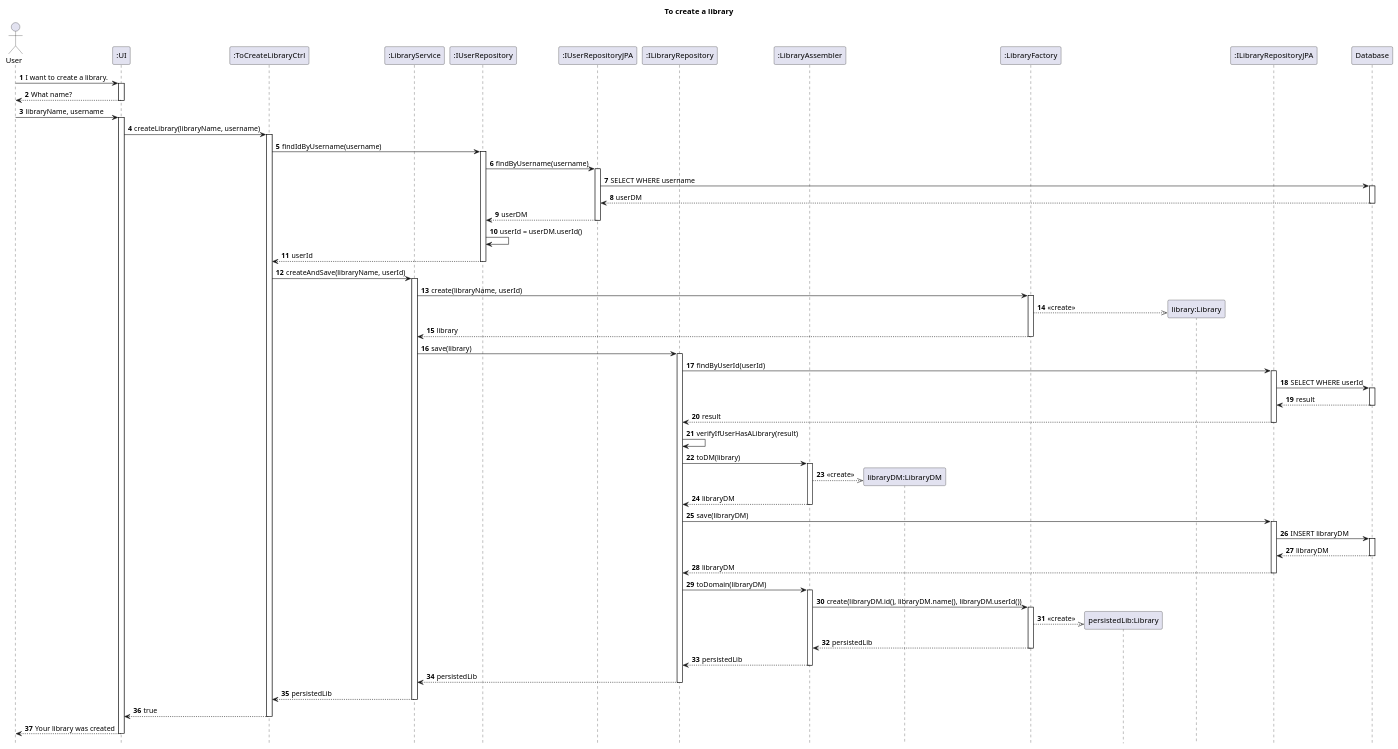
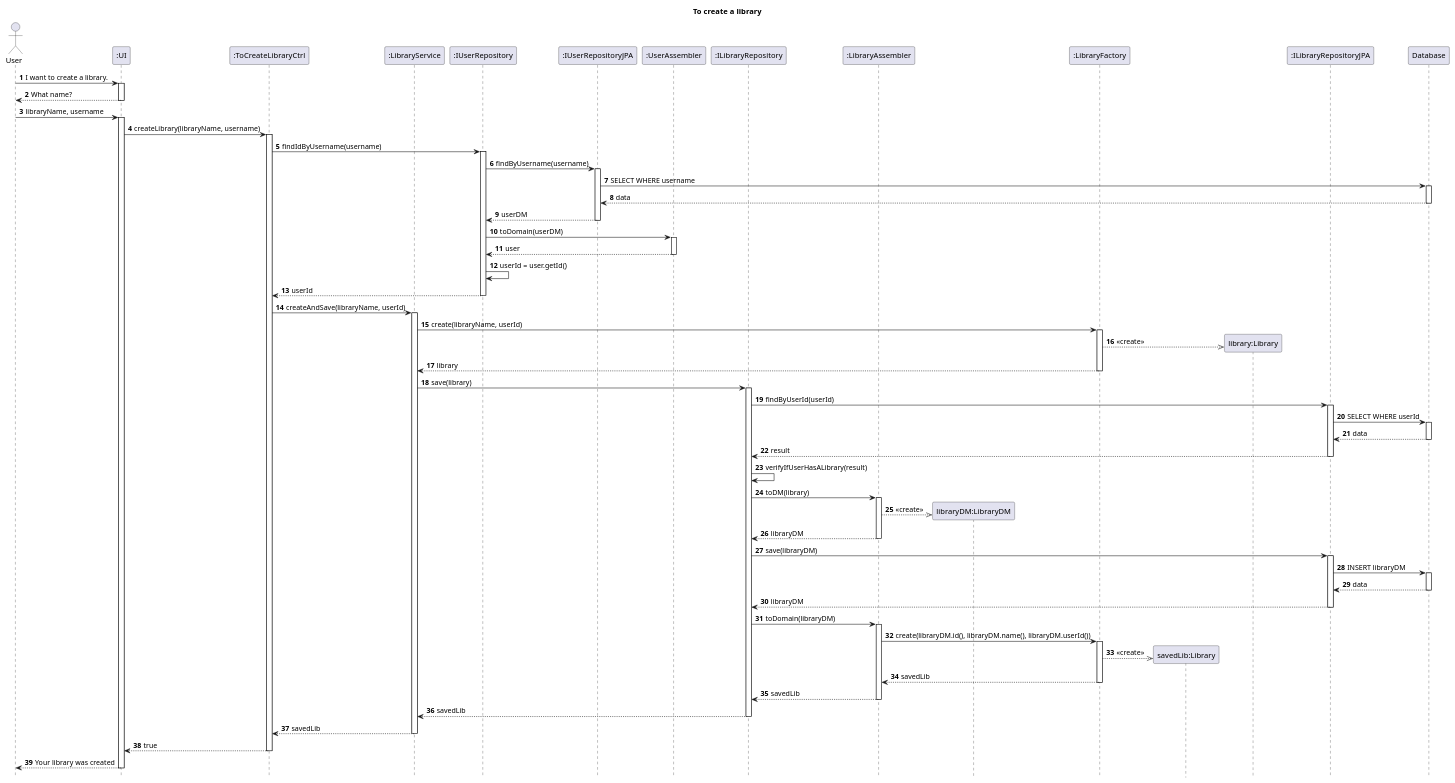
The diagram in Diagrams/SequenceDiagrams/N2/To-Create-Library/To-create-a-library.puml (AndrePereiraGitH/SWitCH-Project-Team_A), drawn with PlantUML before and after one commit. The commit also changed 4 other files, not shown here.

```diff
--- a/Diagrams/SequenceDiagrams/N2/To-Create-Library/To-create-a-library.puml
+++ b/Diagrams/SequenceDiagrams/N2/To-Create-Library/To-create-a-library.puml
@@ -1,116 +1,122 @@
 @startuml
 hide footbox
 autonumber
 title To create a library
 
 actor User
 participant ":UI" as UI
 participant ":ToCreateLibraryCtrl" as Ctrl
 participant ":LibraryService" as service
 participant ":IUserRepository" as userRepo
 participant ":IUserRepositoryJPA" as userJpa
+participant ":UserAssembler" as userAssembler
 participant ":ILibraryRepository" as LibraryRepo
 participant ":LibraryAssembler" as assembler
 participant "libraryDM:LibraryDM" as dm
 participant ":LibraryFactory" as factory
-participant "persistedLib:Library" as persistedLib
+participant "savedLib:Library" as persistedLib
 participant "library:Library" as lib
 participant ":ILibraryRepositoryJPA" as libraryJpa
 participant "Database" as db
 
 
 User -> UI : I want to create a library.
 activate UI
 UI --> User : What name?
 deactivate UI
 User -> UI : libraryName, username
 
 activate UI
 
 UI -> Ctrl : createLibrary(libraryName, username)
 activate Ctrl
 
 Ctrl -> userRepo: findIdByUsername(username)
 activate userRepo
 
 userRepo -> userJpa: findByUsername(username)
 activate userJpa
 
 userJpa -> db: SELECT WHERE username
 activate db
-db --> userJpa: userDM
+db --> userJpa: data
 deactivate db
 userJpa --> userRepo: userDM
 deactivate userJpa
 
-userRepo -> userRepo : userId = userDM.userId()
+userRepo -> userAssembler: toDomain(userDM)
+activate userAssembler
+userAssembler --> userRepo: user
+deactivate userAssembler
+
+userRepo -> userRepo : userId = user.getId()
 
 userRepo --> Ctrl: userId
 deactivate userRepo
 
 Ctrl -> service: createAndSave(libraryName, userId)
 activate service
 
 service -> factory: create(libraryName, userId)
 activate factory
 
 factory -->> lib**: <<create>>
 factory --> service: library
 deactivate factory
 
 service -> LibraryRepo: save(library)
 activate LibraryRepo
 
 LibraryRepo -> libraryJpa: findByUserId(userId)
 activate libraryJpa
 
 libraryJpa -> db: SELECT WHERE userId
 activate db
-db --> libraryJpa: result
+db --> libraryJpa: data
 deactivate db
 libraryJpa --> LibraryRepo: result
 deactivate libraryJpa
 
 LibraryRepo -> LibraryRepo: verifyIfUserHasALibrary(result)
 
 LibraryRepo -> assembler: toDM(library)
 activate assembler
 
 assembler -->> dm**: <<create>>
 assembler --> LibraryRepo: libraryDM
 deactivate assembler
 
 LibraryRepo -> libraryJpa: save(libraryDM)
 activate libraryJpa
 libraryJpa -> db: INSERT libraryDM
 activate db
-db --> libraryJpa: libraryDM
+db --> libraryJpa: data
 deactivate db
 libraryJpa --> LibraryRepo: libraryDM
 deactivate libraryJpa
 
 LibraryRepo -> assembler: toDomain(libraryDM)
 activate assembler
 
 assembler -> factory: create(libraryDM.id(), libraryDM.name(), libraryDM.userId())
 activate factory
 
 factory -->> persistedLib**: <<create>>
-factory --> assembler: persistedLib
+factory --> assembler: savedLib
 deactivate factory
 
-assembler --> LibraryRepo: persistedLib
+assembler --> LibraryRepo: savedLib
 deactivate assembler
 
-LibraryRepo --> service: persistedLib
+LibraryRepo --> service: savedLib
 deactivate LibraryRepo
 
-service --> Ctrl: persistedLib
+service --> Ctrl: savedLib
 deactivate service
 
 Ctrl --> UI : true
 deactivate Ctrl
 UI --> User : Your library was created
 deactivate UI
 
 @enduml
```
